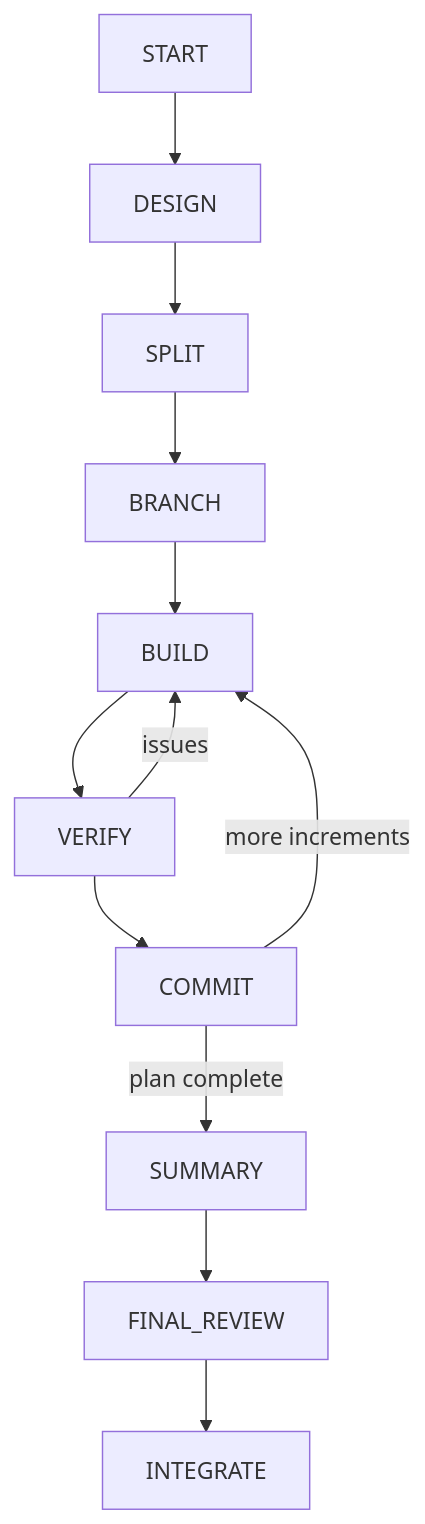
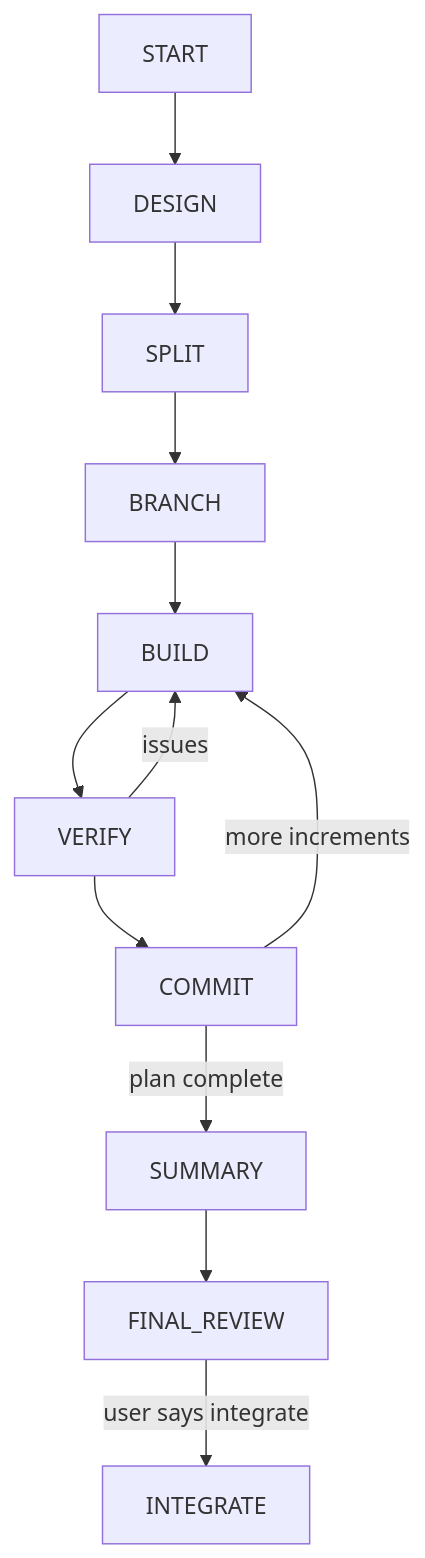
The second of 3 diagrams in README.md (an-dr/agents), drawn with Mermaid before and after one commit. The commit also changed other lines of this file and 7 other files, not shown here.

First line of the commit message:
feat(workflow): gate the flow on implement and integrate

````diff
--- a/README.md
+++ b/README.md
@@ -23,7 +27,8 @@
 ```mermaid
 flowchart TD
 START --> DESIGN --> SPLIT --> BRANCH --> BUILD --> VERIFY --> COMMIT
 VERIFY -->|issues| BUILD
 COMMIT -->|more increments| BUILD
-COMMIT -->|plan complete| SUMMARY --> FINAL_REVIEW --> INTEGRATE
+COMMIT -->|plan complete| SUMMARY --> FINAL_REVIEW
+FINAL_REVIEW -->|user says integrate| INTEGRATE
 ```
````
